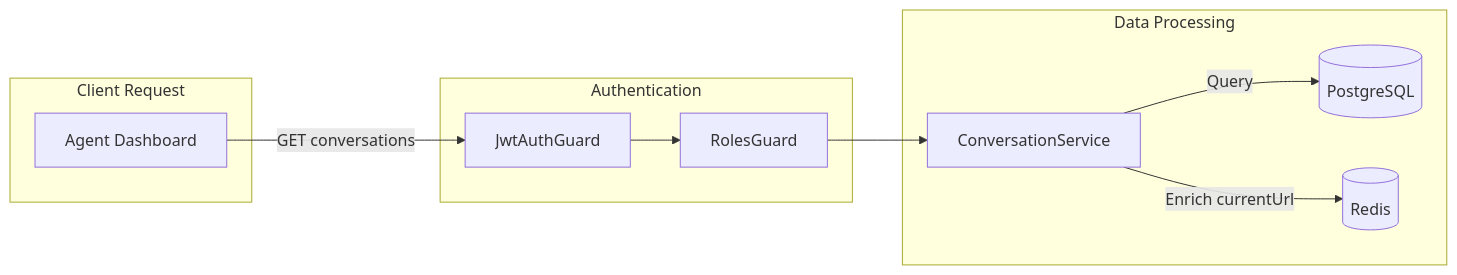
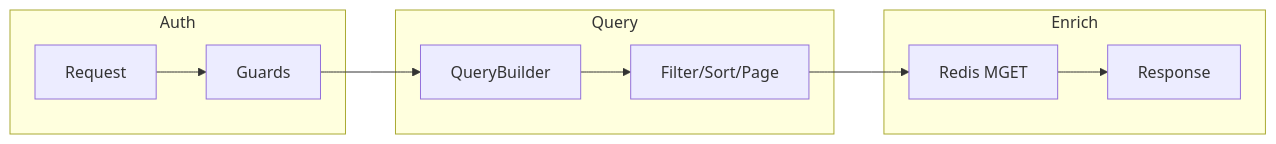
One commit to doananhhung/livechat changed the first of 8 diagrams in presentation/pages/hiep.md. Above: the diagram before and after it, drawn with Mermaid. The commit also changed other lines of this file, not shown here.

````diff
--- a/presentation/pages/hiep.md
+++ b/presentation/pages/hiep.md
@@ -110,21 +45,14 @@
 ```mermaid
 flowchart LR
-    subgraph Request["Client Request"]
-        A["Agent Dashboard"]
+    subgraph Auth
+        A[Request] --> B[Guards]
     end
-
-    subgraph Auth["Authentication"]
-        B["JwtAuthGuard"]
-        C["RolesGuard"]
+    subgraph Query
+        B --> C[QueryBuilder]
+        C --> D[Filter/Sort/Page]
     end
-
-    subgraph Processing["Data Processing"]
-        D["ConversationService"]
-        E[("PostgreSQL")]
-        F[("Redis")]
+    subgraph Enrich
+        D --> E[Redis MGET]
+        E --> F[Response]
     end
-
-    A -->|"GET conversations"| B --> C --> D
-    D -->|"Query"| E
-    D -->|"Enrich currentUrl"| F
 ```
````
